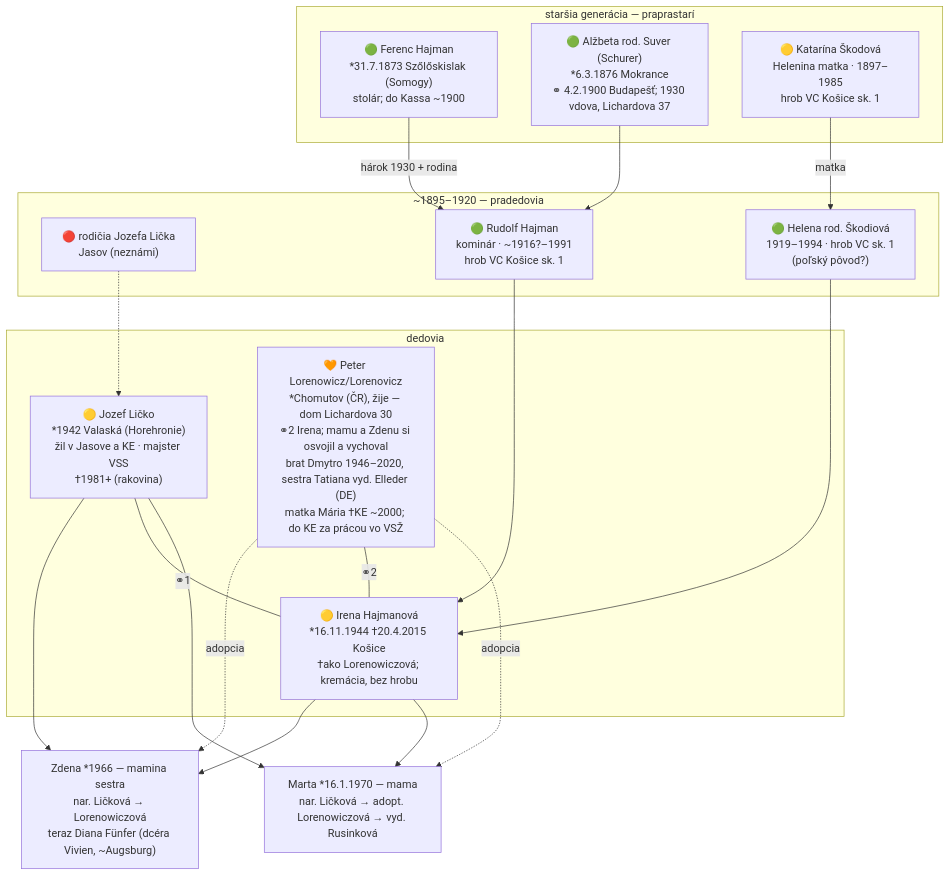
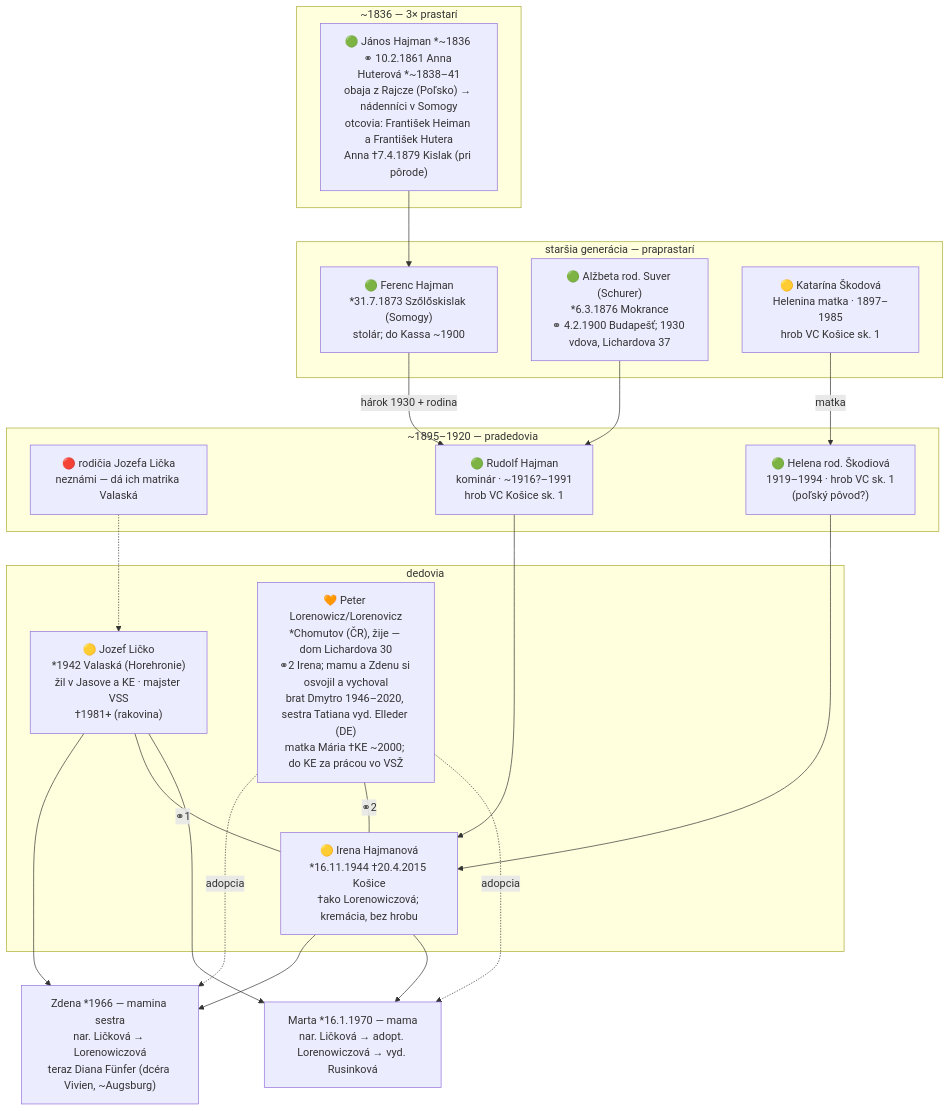
Before and after one commit to vrusi/genealogia: the second of 6 diagrams in docs/rodokmen.md, drawn with Mermaid. The commit also changed other lines of this file and 1 other file, not shown here.

````diff
--- a/docs/rodokmen.md
+++ b/docs/rodokmen.md
@@ -93,35 +96,39 @@
 ```mermaid
 graph TD
+  subgraph mgen5["~1836 — 3× prastarí"]
+    JHAH["🟢 János Hajman *~1836 ⚭ 10.2.1861 Anna Huterová *~1838–41<br>obaja z Rajcze (Poľsko) → nádenníci v Somogy<br>otcovia: František Heiman a František Hutera<br>Anna †7.4.1879 Kislak (pri pôrode)"]
+  end
   subgraph mgen4["staršia generácia — praprastarí"]
     FH["🟢 Ferenc Hajman<br>*31.7.1873 Szőlőskislak (Somogy)<br>stolár; do Kassa ~1900"]
     ASch["🟢 Alžbeta rod. Suver (Schurer)<br>*6.3.1876 Mokrance<br>⚭ 4.2.1900 Budapešť; 1930 vdova, Lichardova 37"]
     KS["🟡 Katarína Škodová<br>Helenina matka · 1897–1985<br>hrob VC Košice sk. 1"]
   end
   subgraph mgen3["~1895–1920 — pradedovia"]
-    LX["🔴 rodičia Jozefa Lička<br>Jasov (neznámi)"]
+    LX["🔴 rodičia Jozefa Lička<br>neznámi — dá ich matrika Valaská"]
     RH["🟢 Rudolf Hajman<br>kominár · ~1916?–1991<br>hrob VC Košice sk. 1"]
     HS["🟢 Helena rod. Škodiová<br>1919–1994 · hrob VC sk. 1<br>(poľský pôvod?)"]
   end
   subgraph mgen2["dedovia"]
     JL["🟡 Jozef Ličko<br>*1942 Valaská (Horehronie)<br>žil v Jasove a KE · majster VSS<br>†1981+ (rakovina)"]
     IH["🟡 Irena Hajmanová<br>*16.11.1944 †20.4.2015 Košice<br>†ako Lorenowiczová; kremácia, bez hrobu"]
     PL["🧡 Peter Lorenowicz/Lorenovicz<br>*Chomutov (ČR), žije — dom Lichardova 30<br>⚭2 Irena; mamu a Zdenu si osvojil a vychoval<br>brat Dmytro 1946–2020, sestra Tatiana vyd. Elleder (DE)<br>matka Mária †KE ~2000; do KE za prácou vo VSŽ"]
   end
   ML["Marta *16.1.1970 — mama<br>nar. Ličková → adopt. Lorenowiczová → vyd. Rusinková"]
   ZD["Zdena *1966 — mamina sestra<br>nar. Ličková → Lorenowiczová<br>teraz Diana Fünfer (dcéra Vivien, ~Augsburg)"]
 
+  JHAH --> FH
   FH -->|hárok 1930 + rodina| RH
   ASch --> RH
   KS -->|matka| HS
   JL --> ZD
   IH --> ZD
   PL -.->|adopcia| ZD
   LX -.-> JL
   RH --> IH
   HS --> IH
   JL ---|⚭1| IH
   PL ---|⚭2| IH
   JL --> ML
   IH --> ML
   PL -.->|adopcia| ML
 ```
````
